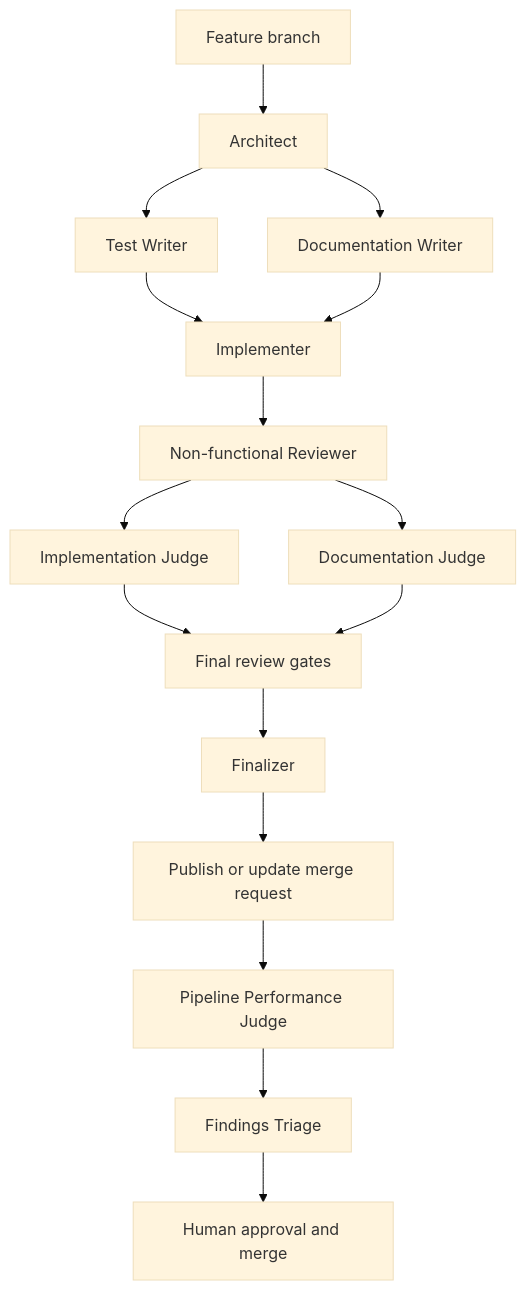
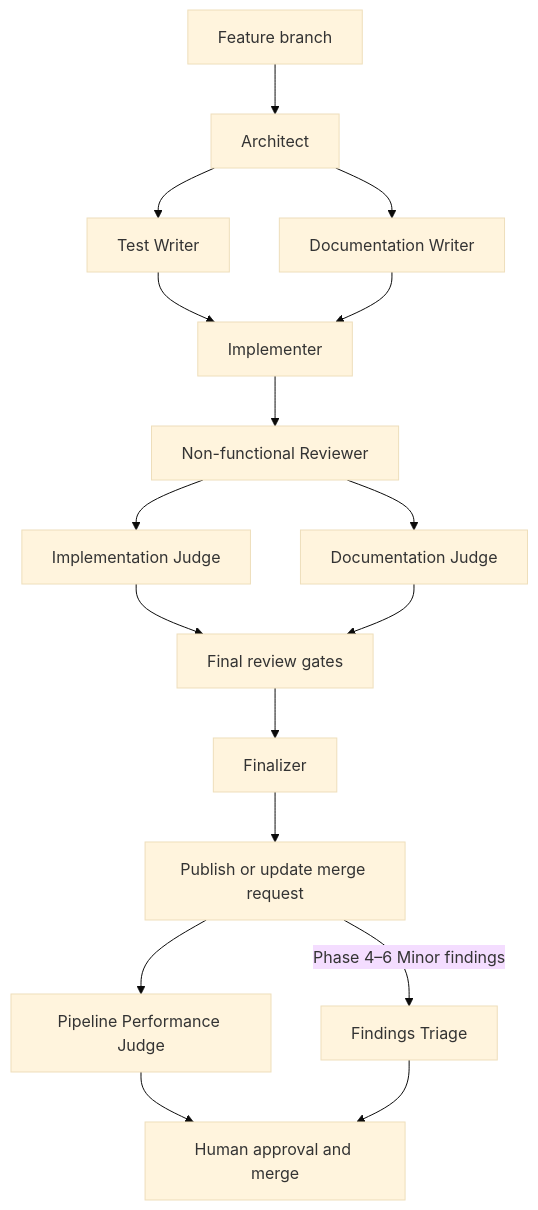
One commit to dfwguy/nvis-ova-agentic-copier changed the diagram in README.md. Above: the diagram before and after it, drawn with Mermaid (base theme). The commit also changed other lines of this file and 25 other files, not shown here.

````diff
--- a/README.md
+++ b/README.md
@@ -76,18 +76,19 @@
 ```mermaid
 flowchart TD
     branch[Feature branch] --> architect[Architect]
     architect --> tests[Test Writer]
     architect --> docs[Documentation Writer]
     tests --> implementer[Implementer]
     docs --> implementer
     implementer --> nonfunctional[Non-functional Reviewer]
     nonfunctional --> implementation[Implementation Judge]
     nonfunctional --> documentation[Documentation Judge]
     implementation --> final_gates[Final review gates]
     documentation --> final_gates
     final_gates --> finalizer[Finalizer]
     finalizer --> mr[Publish or update merge request]
     mr --> performance[Pipeline Performance Judge]
-    performance --> triage[Findings Triage]
-    triage --> human[Human approval and merge]
+    mr -->|Phase 4–6 Minor findings| triage[Findings Triage]
+    performance --> human[Human approval and merge]
+    triage --> human
 ```
````
